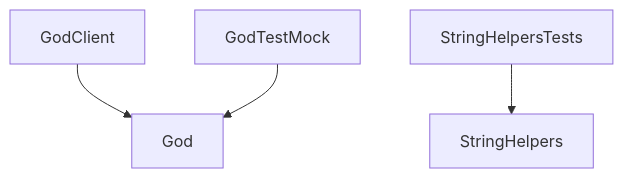
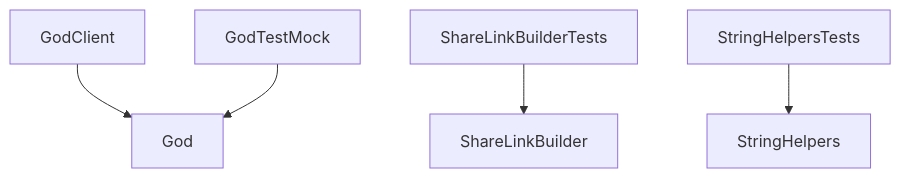
One commit to 0x1-company/god-ios changed the diagram in Packages/DependencyPackage/README.md. Above: the diagram before and after it, drawn with Mermaid. The commit also changed 1 other file, not shown here.

Commit message:
chore: 🤖 dgraph

````diff
--- a/Packages/DependencyPackage/README.md
+++ b/Packages/DependencyPackage/README.md
@@ -6,6 +6,7 @@
 ```mermaid
 graph TD;
     GodClient-->God;
     GodTestMock-->God;
+    ShareLinkBuilderTests-->ShareLinkBuilder;
     StringHelpersTests-->StringHelpers;
 ```
````
